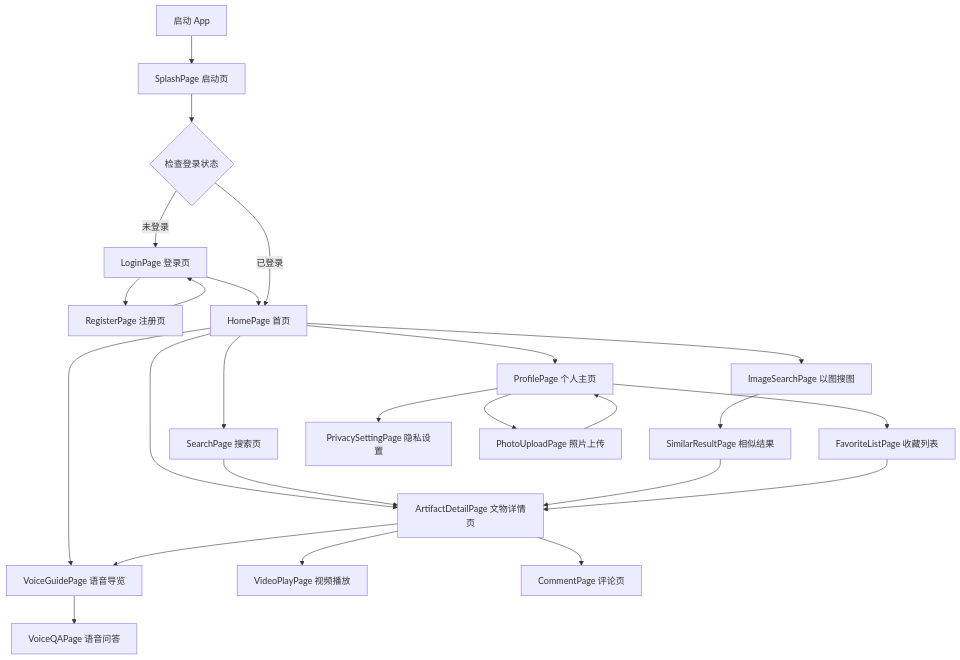
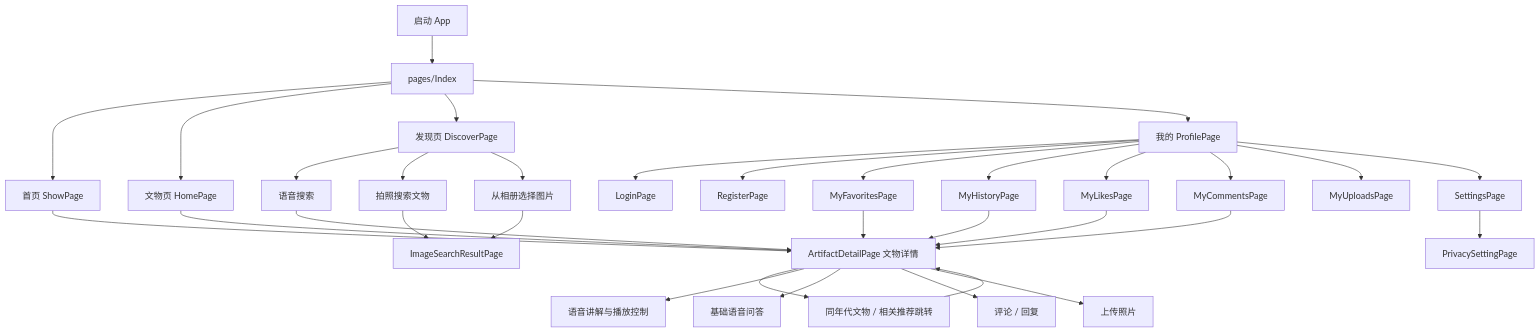
Before and after one commit to BUCT-CS2301/PalmMuseum: the second of 9 diagrams in Doc/设计文档.md, drawn with Mermaid. The commit also changed other lines of this file, not shown here.

````diff
--- a/Doc/设计文档.md
+++ b/Doc/设计文档.md
@@ -138,36 +151,41 @@
 ```mermaid
 flowchart TD
-    Start[启动 App] --> Splash[SplashPage 启动页]
-    Splash --> CheckLogin{检查登录状态}
-    
-    CheckLogin -- 未登录 --> Login[LoginPage 登录页]
-    Login --> Register[RegisterPage 注册页]
-    Register --> Login
-    Login --> Home
-    
-    CheckLogin -- 已登录 --> Home[HomePage 首页]
-    
-    Home --> Detail[ArtifactDetailPage 文物详情页]
-    Home --> Search[SearchPage 搜索页]
-    Home --> ImageSearch[ImageSearchPage 以图搜图]
-    Home --> Voice[VoiceGuidePage 语音导览]
-    Home --> Profile[ProfilePage 个人主页]
-    
-    Detail --> Video[VideoPlayPage 视频播放]
-    Detail --> Comment[CommentPage 评论页]
-    Detail --> Voice
-    
-    Search --> Detail
-    
-    ImageSearch --> Similar[SimilarResultPage 相似结果]
-    Similar --> Detail
-    
-    Voice --> VoiceQA[VoiceQAPage 语音问答]
-    
-    Profile --> Favorite[FavoriteListPage 收藏列表]
-    Profile --> Privacy[PrivacySettingPage 隐私设置]
-    Profile --> Photo[PhotoUploadPage 照片上传]
-    
-    Favorite --> Detail
-    Photo --> Profile
+    Start["启动 App"] --> Index["pages/Index"]
+
+    Index --> Show["首页 ShowPage"]
+    Index --> Home["文物页 HomePage"]
+    Index --> Discover["发现页 DiscoverPage"]
+    Index --> Profile["我的 ProfilePage"]
+
+    Show --> Detail["ArtifactDetailPage 文物详情"]
+    Home --> Detail
+    Detail --> Detail2["同年代文物 / 相关推荐跳转"]
+    Detail2 --> Detail
+
+    Discover --> VoiceSearch["语音搜索"]
+    VoiceSearch --> Detail
+    Discover --> Camera["拍照搜索文物"]
+    Discover --> Album["从相册选择图片"]
+    Camera --> ImageResult["ImageSearchResultPage"]
+    Album --> ImageResult
+
+    Detail --> VoiceGuide["语音讲解与播放控制"]
+    Detail --> VoiceQA["基础语音问答"]
+    Detail --> Comment["评论 / 回复"]
+    Detail --> Upload["上传照片"]
+
+    Profile --> Login["LoginPage"]
+    Profile --> Register["RegisterPage"]
+    Profile --> Favorites["MyFavoritesPage"]
+    Profile --> History["MyHistoryPage"]
+    Profile --> Likes["MyLikesPage"]
+    Profile --> Comments["MyCommentsPage"]
+    Profile --> Uploads["MyUploadsPage"]
+    Profile --> Settings["SettingsPage"]
+    Settings --> Privacy["PrivacySettingPage"]
+
+    Favorites --> Detail
+    History --> Detail
+    Likes --> Detail
+    Comments --> Detail
 ```
````
